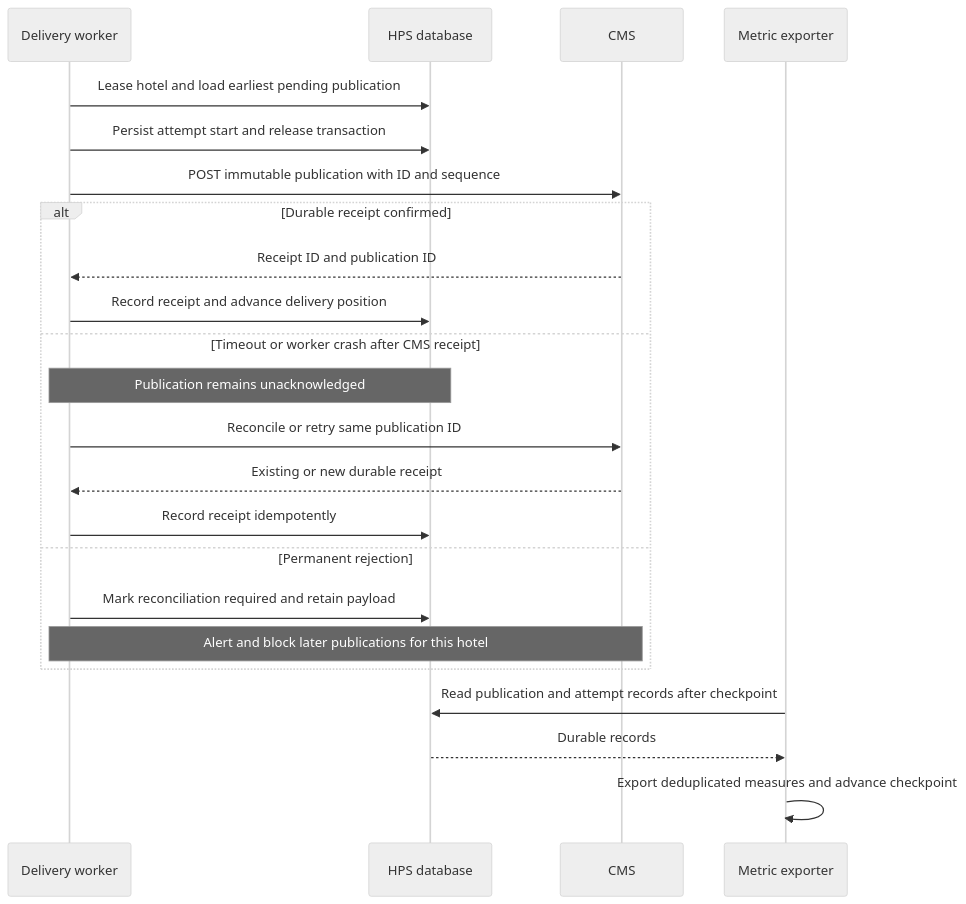
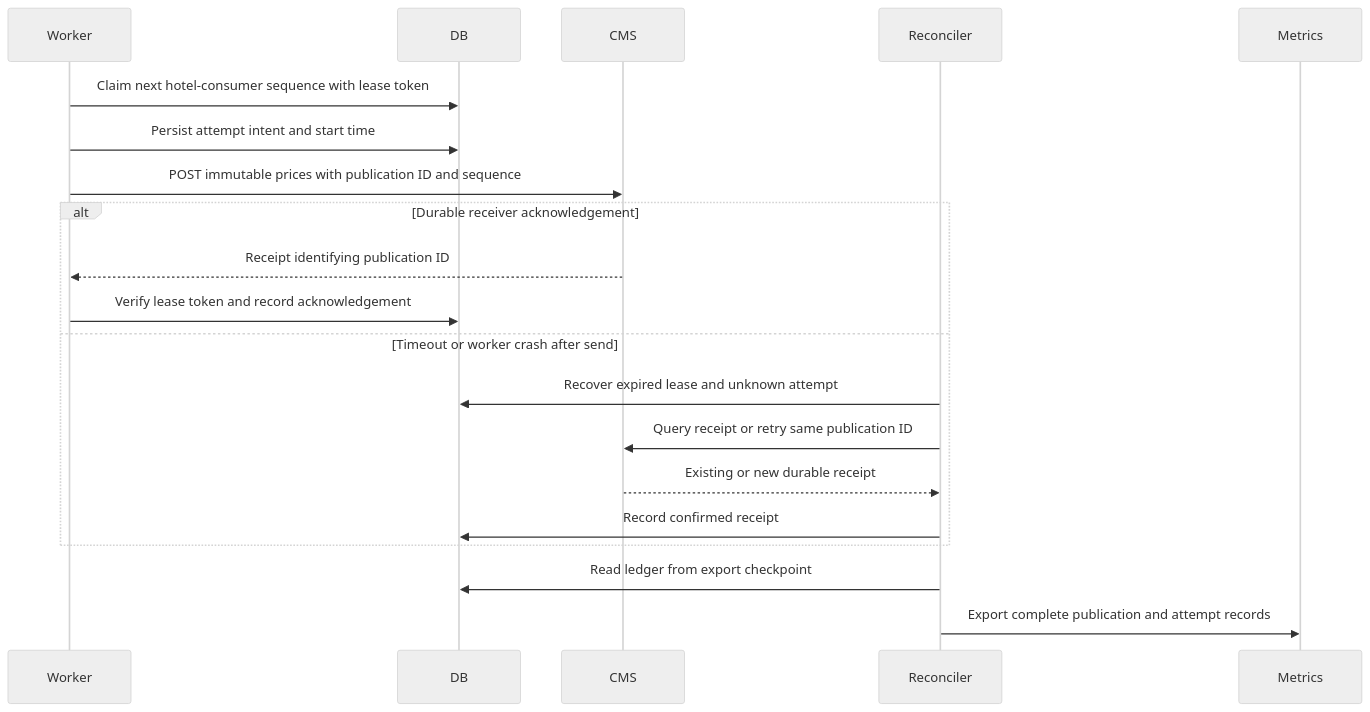
The tenth of 13 diagrams in HPS/design/architecture.md (yoona96/ADD_Codex), drawn with Mermaid (neutral theme) before and after one commit. The commit also changed other lines of this file and 13 other files, not shown here.

````diff
--- a/HPS/design/architecture.md
+++ b/HPS/design/architecture.md
@@ -401,25 +324,22 @@
 ```mermaid
 sequenceDiagram
-    participant W as Delivery worker
-    participant DB as HPS database
+    participant Worker
+    participant DB
     participant CMS
-    participant M as Metric exporter
-    W->>DB: Lease hotel and load earliest pending publication
-    W->>DB: Persist attempt start and release transaction
-    W->>CMS: POST immutable publication with ID and sequence
-    alt Durable receipt confirmed
-        CMS-->>W: Receipt ID and publication ID
-        W->>DB: Record receipt and advance delivery position
-    else Timeout or worker crash after CMS receipt
-        Note over W,DB: Publication remains unacknowledged
-        W->>CMS: Reconcile or retry same publication ID
-        CMS-->>W: Existing or new durable receipt
-        W->>DB: Record receipt idempotently
-    else Permanent rejection
-        W->>DB: Mark reconciliation required and retain payload
-        Note over W,CMS: Alert and block later publications for this hotel
+    participant Reconciler
+    participant Metrics
+    Worker->>DB: Claim next hotel-consumer sequence with lease token
+    Worker->>DB: Persist attempt intent and start time
+    Worker->>CMS: POST immutable prices with publication ID and sequence
+    alt Durable receiver acknowledgement
+        CMS-->>Worker: Receipt identifying publication ID
+        Worker->>DB: Verify lease token and record acknowledgement
+    else Timeout or worker crash after send
+        Reconciler->>DB: Recover expired lease and unknown attempt
+        Reconciler->>CMS: Query receipt or retry same publication ID
+        CMS-->>Reconciler: Existing or new durable receipt
+        Reconciler->>DB: Record confirmed receipt
     end
-    M->>DB: Read publication and attempt records after checkpoint
-    DB-->>M: Durable records
-    M->>M: Export deduplicated measures and advance checkpoint
+    Reconciler->>DB: Read ledger from export checkpoint
+    Reconciler->>Metrics: Export complete publication and attempt records
 ```
````
